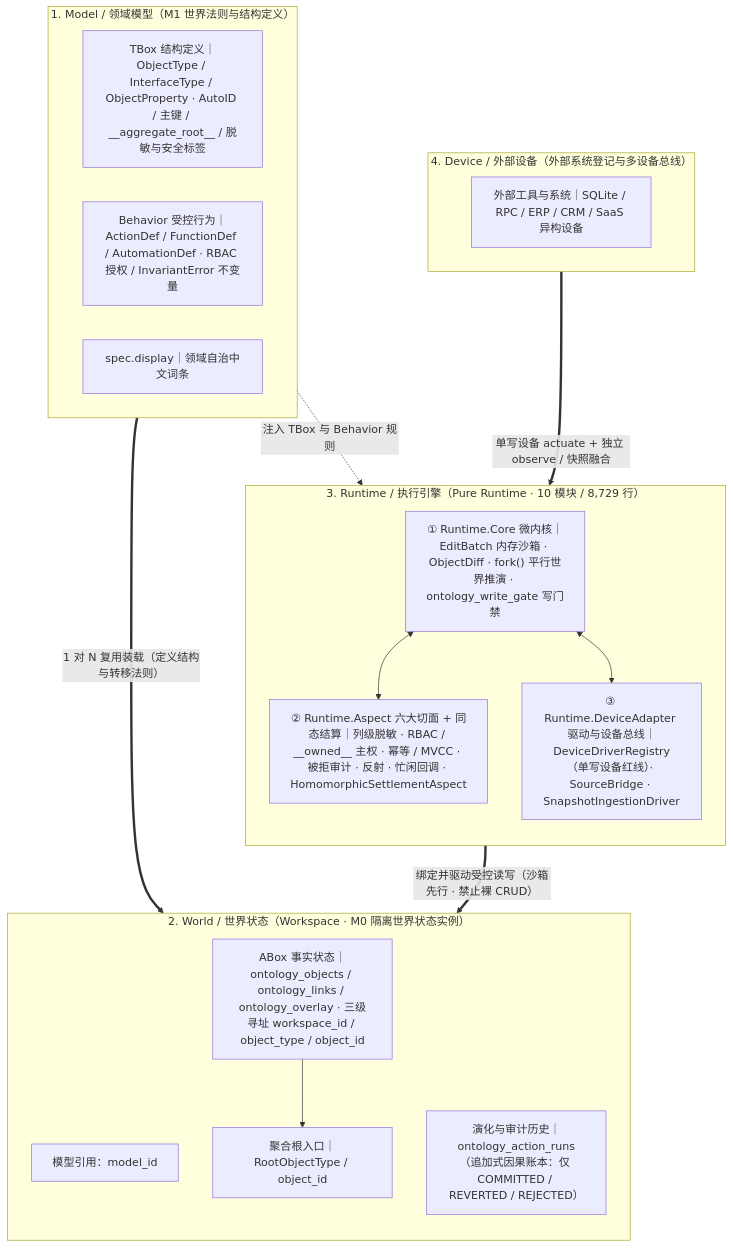
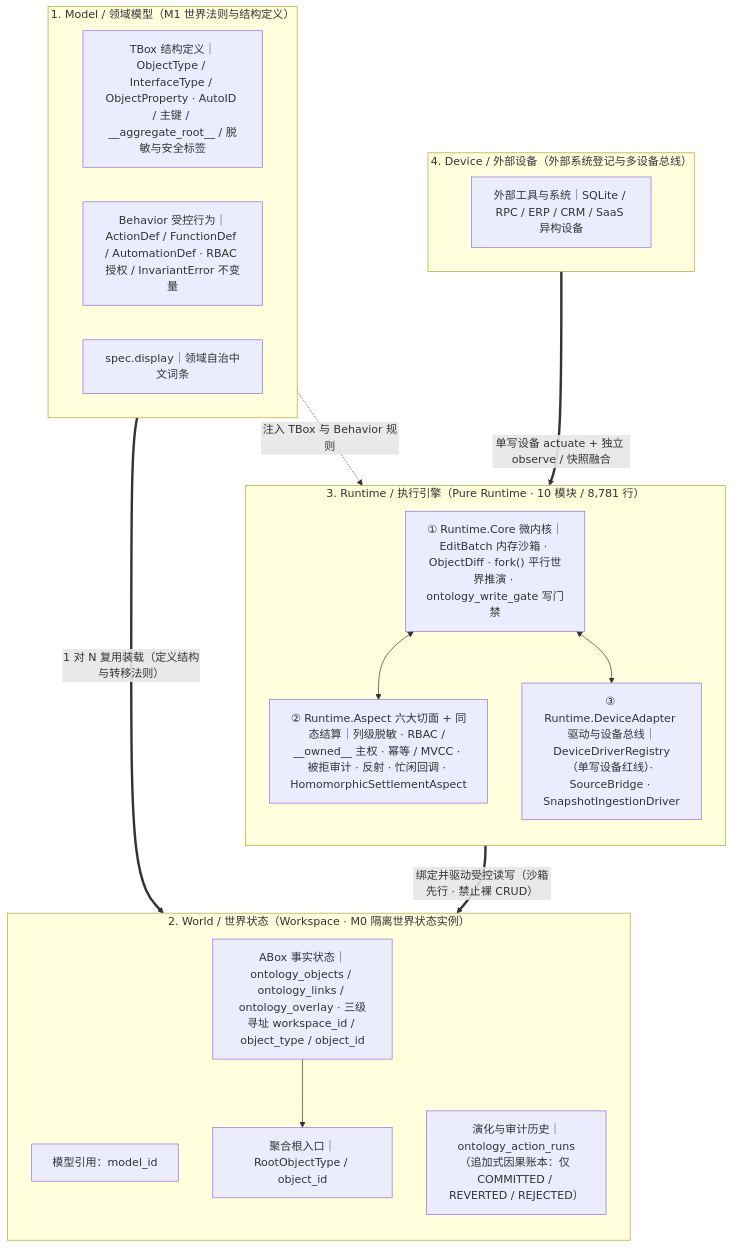
One commit to guci314/openontology changed the first of 3 diagrams in docs/ARCHITECTURE.md. Above: the diagram before and after it, drawn with Mermaid. The commit also changed other lines of this file and 6 other files, not shown here.

````diff
--- a/docs/ARCHITECTURE.md
+++ b/docs/ARCHITECTURE.md
@@ -28,37 +28,37 @@
 ```mermaid
 flowchart TB
     subgraph MODEL["1. Model / 领域模型（M1 世界法则与结构定义）"]
         direction LR
         TBOX["TBox 结构定义｜ObjectType / InterfaceType / ObjectProperty · AutoID / 主键 / __aggregate_root__ / 脱敏与安全标签"]
         BEHAVIOR["Behavior 受控行为｜ActionDef / FunctionDef / AutomationDef · RBAC 授权 / InvariantError 不变量"]
         DISPLAY["spec.display｜领域自治中文词条"]
     end
 
     subgraph WORLD["2. World / 世界状态（Workspace · M0 隔离世界状态实例）"]
         direction TB
         MODEL_REF["模型引用：model_id"]
         ABOX["ABox 事实状态｜ontology_objects / ontology_links / ontology_overlay · 三级寻址 workspace_id / object_type / object_id"]
         ROOT["聚合根入口｜RootObjectType / object_id"]
         HISTORY["演化与审计历史｜ontology_action_runs（追加式因果账本：仅 COMMITTED / REVERTED / REJECTED）"]
         ABOX --> ROOT
     end
 
-    subgraph RUNTIME["3. Runtime / 执行引擎（Pure Runtime · 10 模块 / 8,729 行）"]
+    subgraph RUNTIME["3. Runtime / 执行引擎（Pure Runtime · 10 模块 / 8,781 行）"]
         direction TB
         CORE["① Runtime.Core 微内核｜EditBatch 内存沙箱 · ObjectDiff · fork() 平行世界推演 · ontology_write_gate 写门禁"]
         ASPECT["② Runtime.Aspect 六大切面 + 同态结算｜列级脱敏 · RBAC / __owned__ 主权 · 幂等 / MVCC · 被拒审计 · 反射 · 忙闲回调 · HomomorphicSettlementAspect"]
         ADAPTER["③ Runtime.DeviceAdapter 驱动与设备总线｜DeviceDriverRegistry（单写设备红线）· SourceBridge · SnapshotIngestionDriver"]
         CORE <--> ASPECT
         CORE <--> ADAPTER
     end
 
     subgraph DEVICE["4. Device / 外部设备（外部系统登记与多设备总线）"]
         direction LR
         SYMBOLIC["外部工具与系统｜SQLite / RPC / ERP / CRM / SaaS 异构设备"]
     end
 
     MODEL ==>|"1 对 N 复用装载（定义结构与转移法则）"| WORLD
     MODEL -.->|"注入 TBox 与 Behavior 规则"| CORE
     RUNTIME ==>|"绑定并驱动受控读写（沙箱先行 · 禁止裸 CRUD）"| WORLD
     SYMBOLIC ==>|"单写设备 actuate + 独立 observe / 快照融合"| ADAPTER
 ```
````
